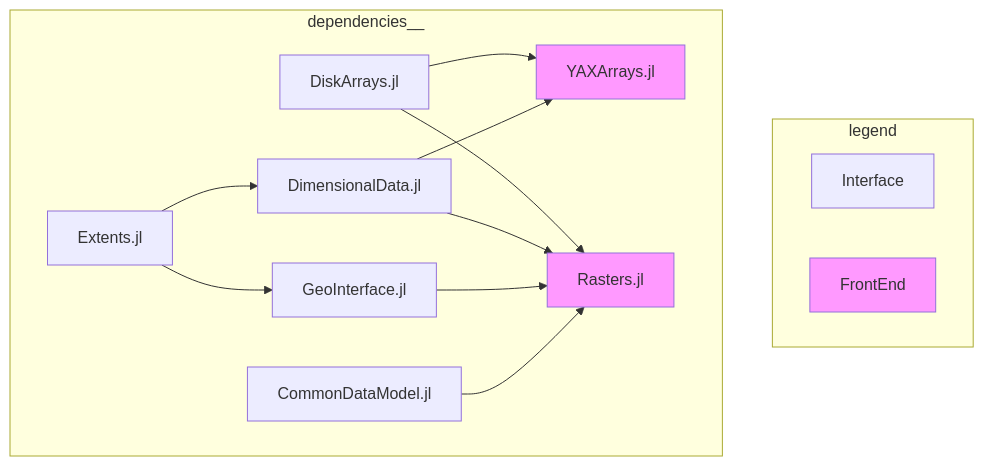
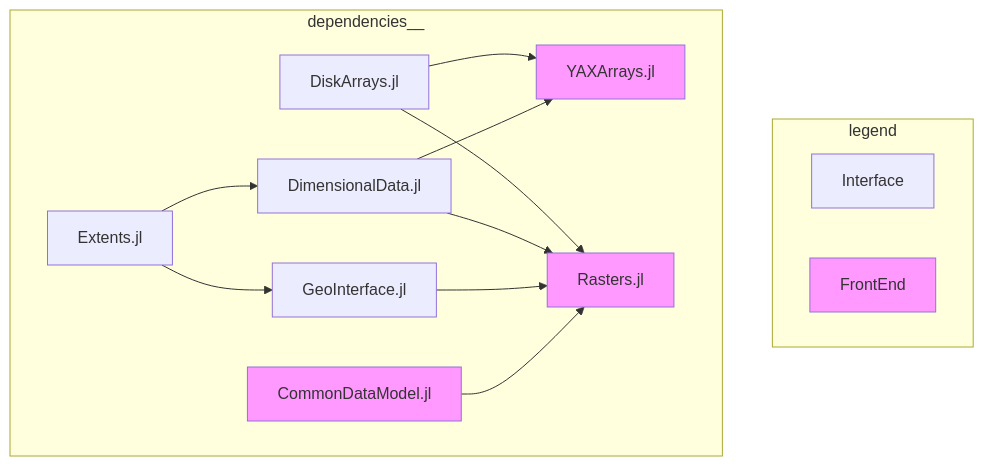
Before and after one commit to rafaqz/StateOfRasterData: the second of 2 diagrams in index.qmd, drawn with Mermaid. The commit also changed other lines of this file and 2 other files, not shown here.

````diff
--- a/index.qmd
+++ b/index.qmd
@@ -93,21 +94,22 @@
 ```{mermaid}
 %%| echo: false
 flowchart
   subgraph legend
     Interface
     FrontEnd
   end
   subgraph dependencies__
     Extents.jl-->DimensionalData.jl
     Extents.jl-->GeoInterface.jl
     DiskArrays.jl-->YAXArrays.jl
     DiskArrays.jl-->Rasters.jl
     DimensionalData.jl-->YAXArrays.jl
     DimensionalData.jl-->Rasters.jl
     GeoInterface.jl-->Rasters.jl
     CommonDataModel.jl-->Rasters.jl
   end
 style Rasters.jl fill:#f9f
 style YAXArrays.jl fill:#f9f
+style CommonDataModel.jl fill:#f9f
 style FrontEnd fill:#f9f
 ```
````
